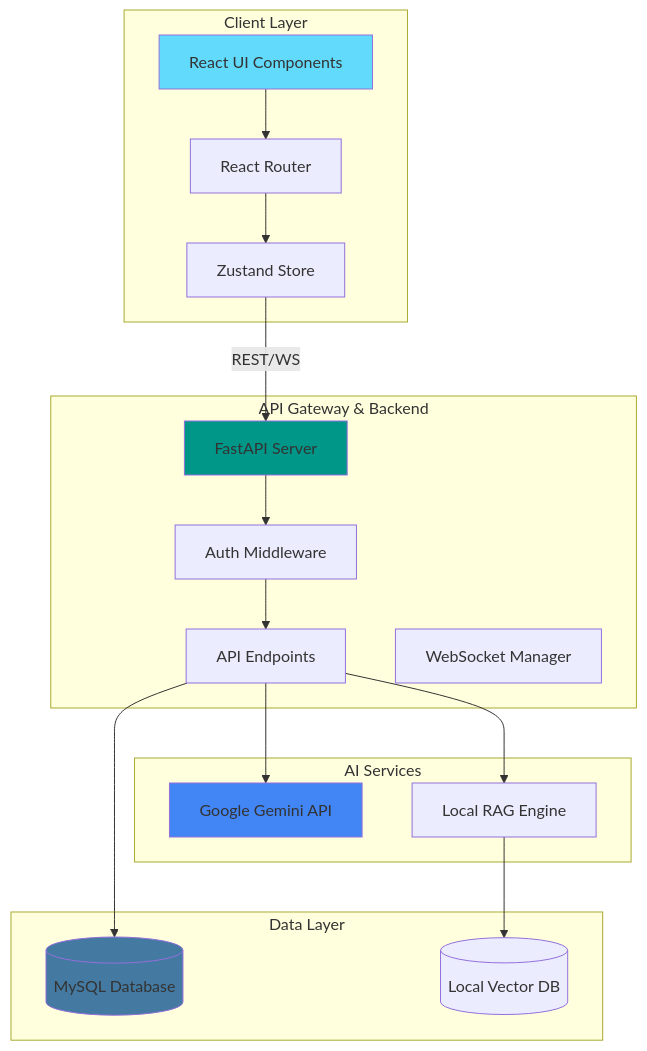
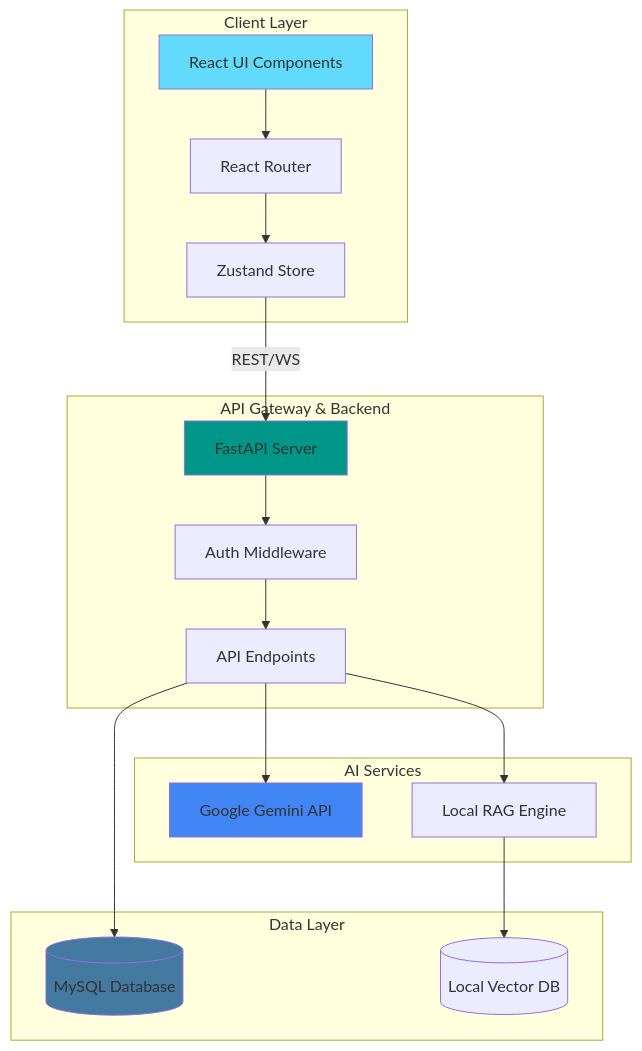
One commit to quantumNexus0/ai_legal_ecosystem changed the fourth of 8 diagrams in README.md. Above: the diagram before and after it, drawn with Mermaid. The commit also changed other lines of this file, not shown here.

Commit message:
docs: Add Ecosystem ERP diagram and detailed module info

````diff
--- a/README.md
+++ b/README.md
@@ -89,43 +184,42 @@
 ```mermaid
 graph TB
     subgraph "Client Layer"
         UI[React UI Components]
         Router[React Router]
         State[Zustand Store]
     end
 
     subgraph "API Gateway & Backend"
         FastAPI[FastAPI Server]
         Auth[Auth Middleware]
         Endpoints[API Endpoints]
-        Socket[WebSocket Manager]
     end
 
     subgraph "Data Layer"
         MySQL[(MySQL Database)]
         VectorDB[(Local Vector DB)]
     end
 
     subgraph "AI Services"
         Gemini[Google Gemini API]
         RAG[Local RAG Engine]
     end
 
     UI --> Router
     Router --> State
     State -- REST/WS --> FastAPI
     
     FastAPI --> Auth
     Auth --> Endpoints
     
     Endpoints --> MySQL
     Endpoints --> RAG
     Endpoints --> Gemini
     
     RAG --> VectorDB
     
     style UI fill:#61DAFB
     style FastAPI fill:#009688
     style MySQL fill:#4479A1
     style Gemini fill:#4285F4
 ```
````
